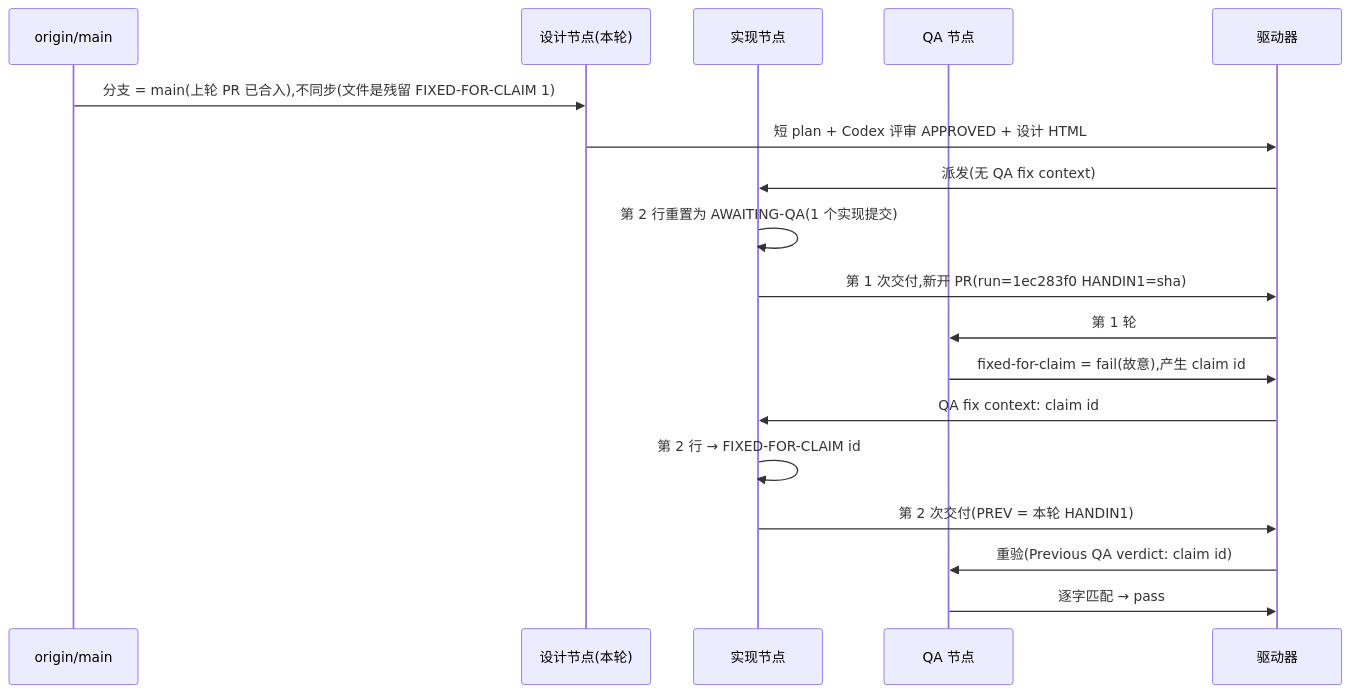
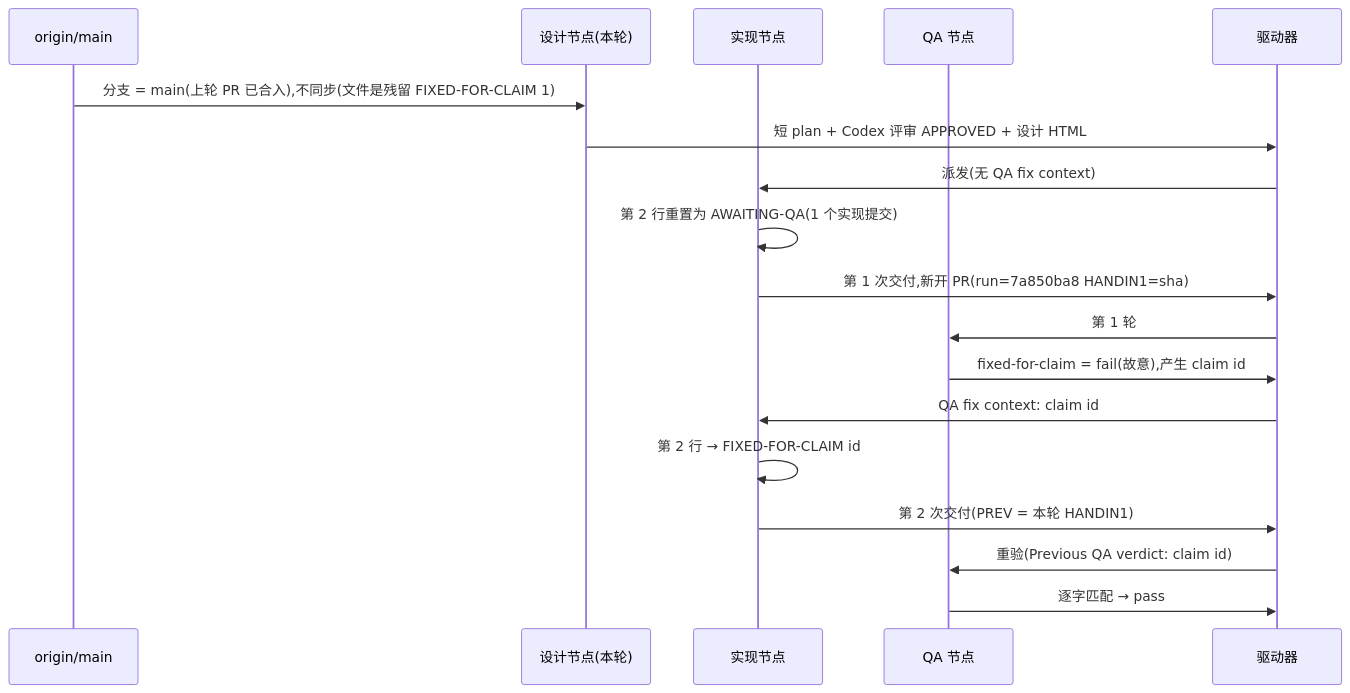
The diagram in engineering/doc/FLY-3150-real-runner-drill/d1-core-flow.mmd (xrliAnnie/flywheel-qa-sandbox), drawn with Mermaid before and after one commit. The commit also changed 5 other files, not shown here.

```diff
--- a/engineering/doc/FLY-3150-real-runner-drill/d1-core-flow.mmd
+++ b/engineering/doc/FLY-3150-real-runner-drill/d1-core-flow.mmd
@@ -1,18 +1,18 @@
 sequenceDiagram
     participant M as origin/main
     participant S as 设计节点(本轮)
     participant I as 实现节点
     participant Q as QA 节点
     participant D as 驱动器
     M->>S: 分支 = main(上轮 PR 已合入),不同步(文件是残留 FIXED-FOR-CLAIM 1)
     S->>D: 短 plan + Codex 评审 APPROVED + 设计 HTML
     D->>I: 派发(无 QA fix context)
     I->>I: 第 2 行重置为 AWAITING-QA(1 个实现提交)
-    I->>D: 第 1 次交付,新开 PR(run=1ec283f0 HANDIN1=sha)
+    I->>D: 第 1 次交付,新开 PR(run=7a850ba8 HANDIN1=sha)
     D->>Q: 第 1 轮
     Q->>D: fixed-for-claim = fail(故意),产生 claim id
     D->>I: QA fix context: claim id
     I->>I: 第 2 行 → FIXED-FOR-CLAIM id
     I->>D: 第 2 次交付(PREV = 本轮 HANDIN1)
     D->>Q: 重验(Previous QA verdict: claim id)
     Q->>D: 逐字匹配 → pass
```
